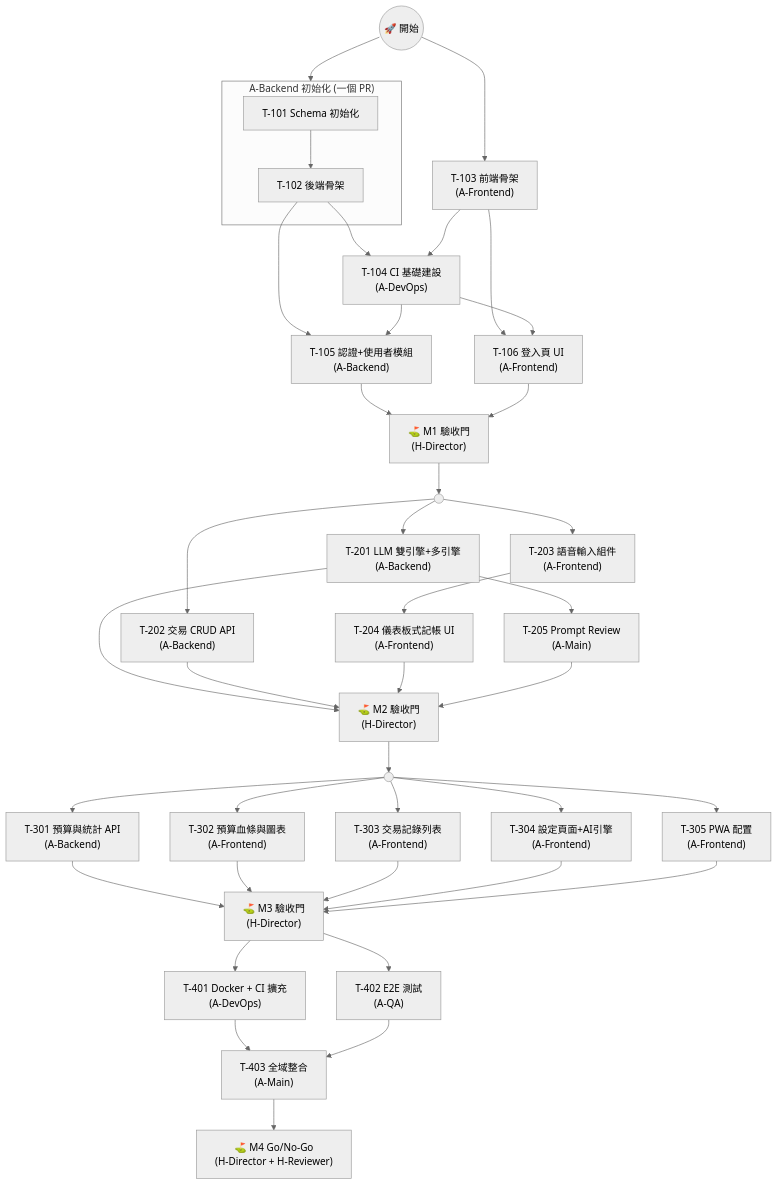
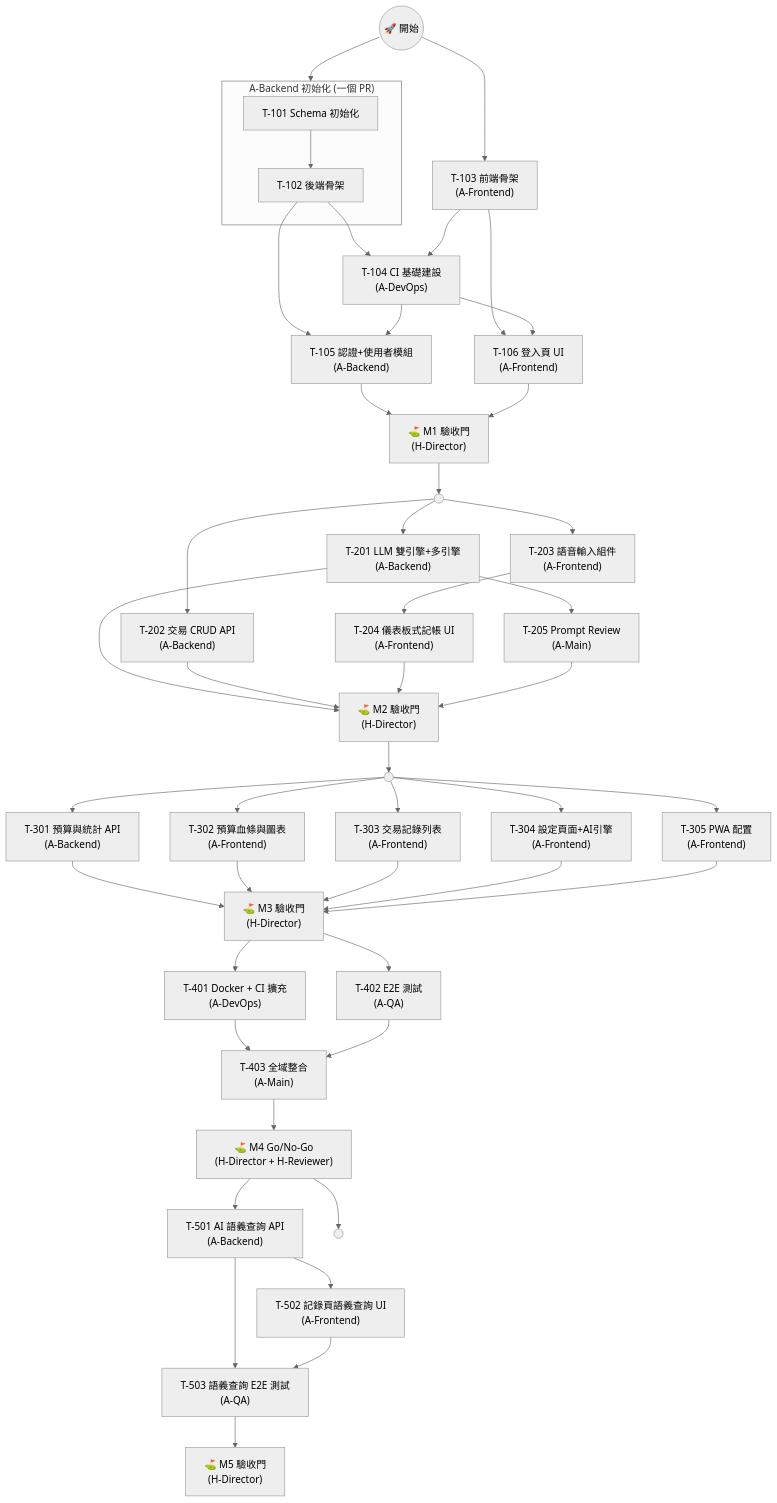
The third of 5 diagrams in docs/02-Dev_Plan.md (robin-li/vibe-money-book), drawn with Mermaid (neutral theme) before and after one commit. The commit also changed other lines of this file and 9 other files, not shown here.

````diff
--- a/docs/02-Dev_Plan.md
+++ b/docs/02-Dev_Plan.md
@@ -608,47 +697,56 @@
 ```mermaid
 flowchart TB
     START(("🚀 開始")) --> BE_INIT & T103
 
     subgraph BE_INIT["A-Backend 初始化 (一個 PR)"]
         T101["T-101 Schema 初始化"] --> T102["T-102 後端骨架"]
     end
     T103["T-103 前端骨架<br/>(A-Frontend)"]
 
     T102 & T103 --> T104["T-104 CI 基礎建設<br/>(A-DevOps)"]
 
     T102 & T104 --> T105["T-105 認證+使用者模組<br/>(A-Backend)"]
     T103 & T104 --> T106["T-106 登入頁 UI<br/>(A-Frontend)"]
 
     T105 & T106 --> M1G["⛳ M1 驗收門<br/>(H-Director)"]
 
     M1G --> G2_FORK((" "))
     G2_FORK --> T201 & T202 & T203
 
     T201["T-201 LLM 雙引擎+多引擎<br/>(A-Backend)"]
     T202["T-202 交易 CRUD API<br/>(A-Backend)"]
     T203["T-203 語音輸入組件<br/>(A-Frontend)"]
 
     T201 --> T205["T-205 Prompt Review<br/>(A-Main)"]
     T203 --> T204["T-204 儀表板式記帳 UI<br/>(A-Frontend)"]
 
     T201 & T202 & T204 & T205 --> M2G["⛳ M2 驗收門<br/>(H-Director)"]
 
     M2G --> G3_FORK((" "))
     G3_FORK --> T301 & T302 & T303 & T304 & T305
 
     T301["T-301 預算與統計 API<br/>(A-Backend)"]
     T302["T-302 預算血條與圖表<br/>(A-Frontend)"]
     T303["T-303 交易記錄列表<br/>(A-Frontend)"]
     T304["T-304 設定頁面+AI引擎<br/>(A-Frontend)"]
     T305["T-305 PWA 配置<br/>(A-Frontend)"]
 
     T301 & T302 & T303 & T304 & T305 --> M3G["⛳ M3 驗收門<br/>(H-Director)"]
 
     M3G --> T401 & T402
 
     T401["T-401 Docker + CI 擴充<br/>(A-DevOps)"]
     T402["T-402 E2E 測試<br/>(A-QA)"]
 
     T401 & T402 --> T403["T-403 全域整合<br/>(A-Main)"]
     T403 --> M4G["⛳ M4 Go/No-Go<br/>(H-Director + H-Reviewer)"]
+
+    M4G --> T501 & T502_WAIT((" "))
+
+    T501["T-501 AI 語義查詢 API<br/>(A-Backend)"]
+    T501 --> T502["T-502 記錄頁語義查詢 UI<br/>(A-Frontend)"]
+
+    T501 & T502 --> T503["T-503 語義查詢 E2E 測試<br/>(A-QA)"]
+
+    T503 --> M5G["⛳ M5 驗收門<br/>(H-Director)"]
 ```
````
